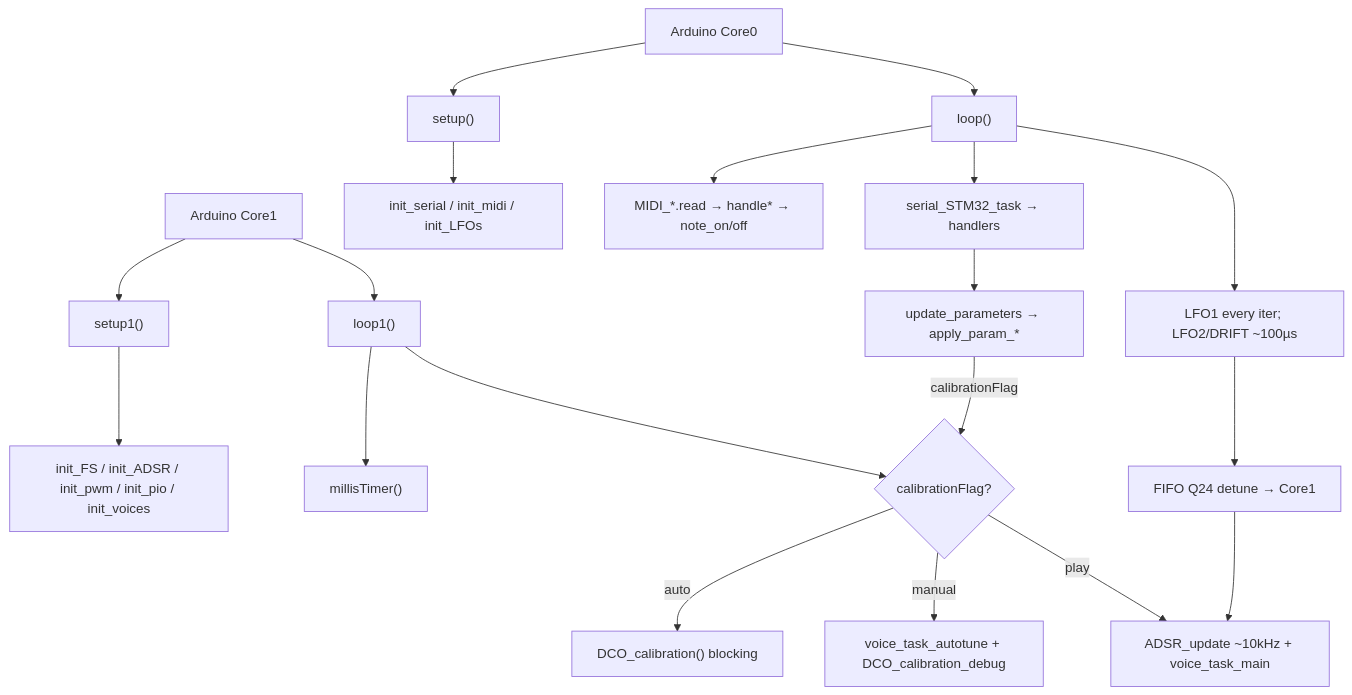
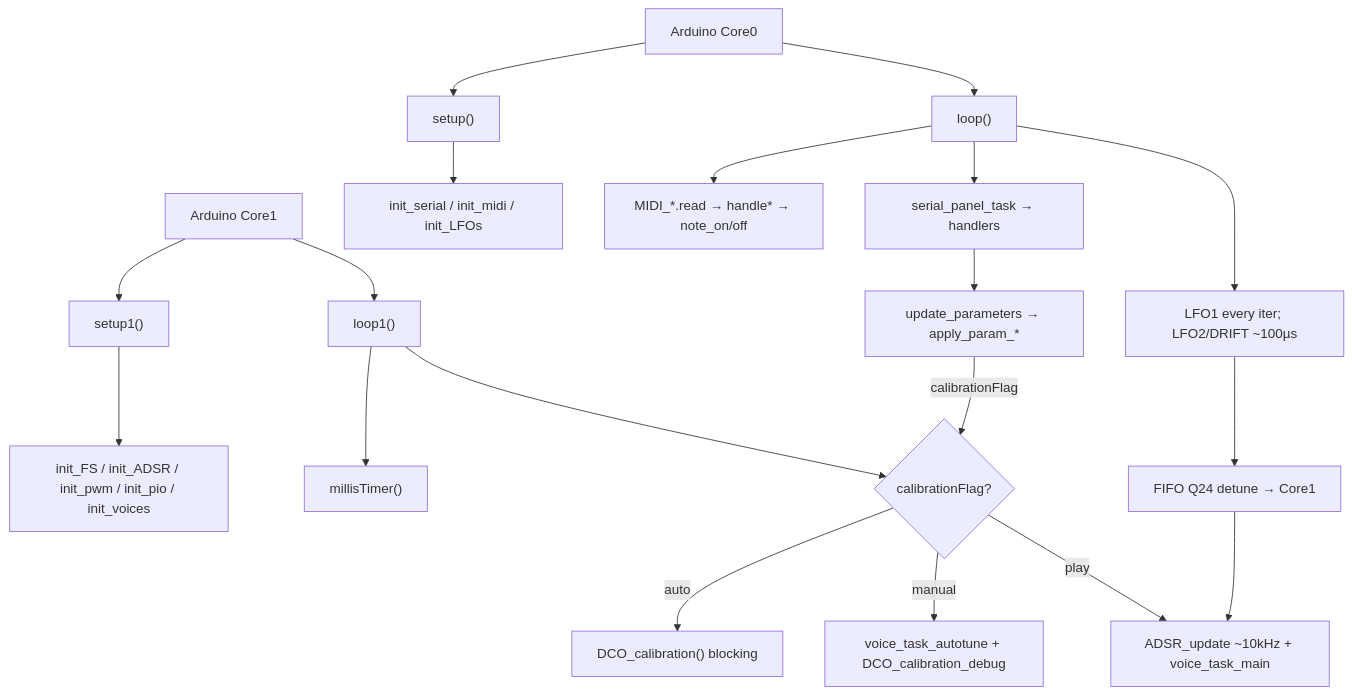
Before and after one commit to felipegaspari/DCO4-REBORN-DCO: the diagram in docs/FILE_INDEX.md, drawn with Mermaid. The commit also changed other lines of this file and 25 other files, not shown here.

````diff
--- a/docs/FILE_INDEX.md
+++ b/docs/FILE_INDEX.md
@@ -16,25 +16,25 @@
 ```mermaid
 flowchart TD
   fw0["Arduino Core0"] --> setup0["setup()"]
   fw0 --> loop0["loop()"]
   fw1["Arduino Core1"] --> setup1["setup1()"]
   fw1 --> loop1["loop1()"]
 
   setup0 --> initSerial["init_serial / init_midi / init_LFOs"]
   setup1 --> initCore1["init_FS / init_ADSR / init_pwm / init_pio / init_voices"]
 
   loop0 --> midiRead["MIDI_*.read → handle* → note_on/off"]
-  loop0 --> serialTask["serial_STM32_task → handlers"]
+  loop0 --> serialTask["serial_panel_task → handlers"]
   loop0 --> lfo["LFO1 every iter; LFO2/DRIFT ~100µs"]
   lfo --> fifo["FIFO Q24 detune → Core1"]
 
   serialTask --> updParam["update_parameters → apply_param_*"]
   updParam -->|calibrationFlag| calBranch
 
   loop1 --> millis["millisTimer()"]
   loop1 --> calBranch{"calibrationFlag?"}
   calBranch -->|auto| dcoCal["DCO_calibration() blocking"]
   calBranch -->|manual| manCal["voice_task_autotune + DCO_calibration_debug"]
   calBranch -->|play| play["ADSR_update ~10kHz + voice_task_main"]
   fifo --> play
 ```
````
